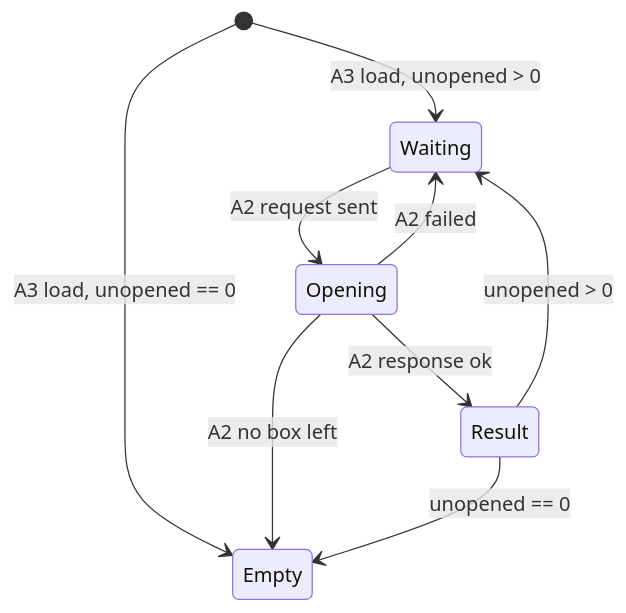
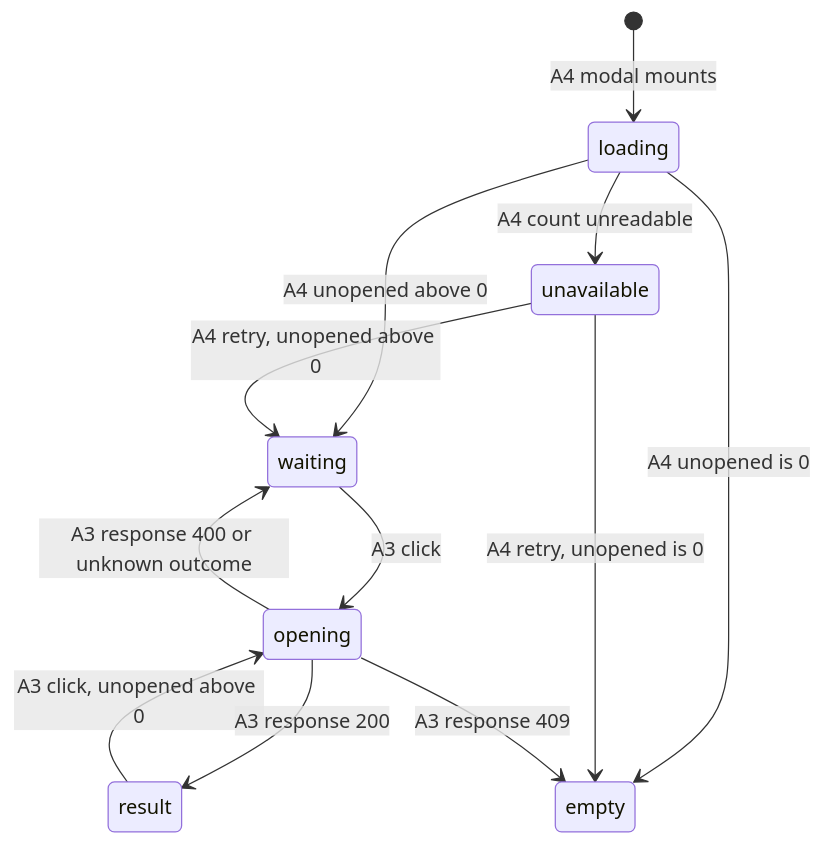
Diagram 11 of 11 in docs/features/F010_SecretBoxRewards/technical-spec.md (hailv-3571/agentic-coding-hands-on), drawn with Mermaid before and after one commit. The commit also changed other lines of this file and 152 other files, not shown here.

````diff
--- a/docs/features/F010_SecretBoxRewards/technical-spec.md
+++ b/docs/features/F010_SecretBoxRewards/technical-spec.md
@@ -421,11 +662,14 @@
 ```mermaid
 stateDiagram-v2
-    [*] --> Waiting : A3 load, unopened > 0
-    [*] --> Empty : A3 load, unopened == 0
-    Waiting --> Opening : A2 request sent
-    Opening --> Result : A2 response ok
-    Opening --> Waiting : A2 failed
-    Opening --> Empty : A2 no box left
-    Result --> Waiting : unopened > 0
-    Result --> Empty : unopened == 0
+    [*] --> loading : A4 modal mounts
+    loading --> waiting : A4 unopened above 0
+    loading --> empty : A4 unopened is 0
+    loading --> unavailable : A4 count unreadable
+    unavailable --> waiting : A4 retry, unopened above 0
+    unavailable --> empty : A4 retry, unopened is 0
+    waiting --> opening : A3 click
+    result --> opening : A3 click, unopened above 0
+    opening --> result : A3 response 200
+    opening --> empty : A3 response 409
+    opening --> waiting : A3 response 400 or unknown outcome
 ```
````
